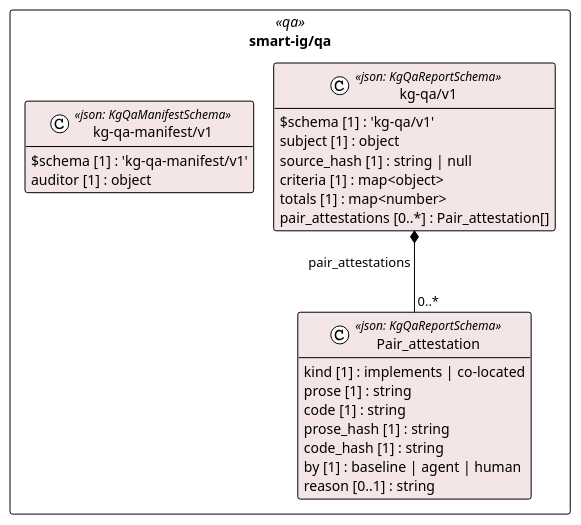
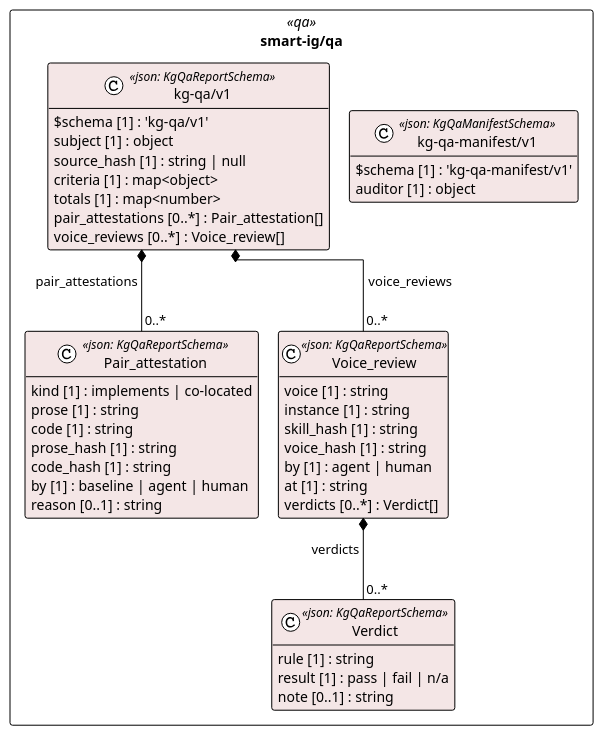
One commit to litlfred/folio-assistant changed the diagram in cat-harness/uml/overview/smart-ig/qa.puml. Above: the diagram before and after it, drawn with PlantUML. The commit also changed 573 other files, not shown here.

First line of the commit message:
rkqp: agentic review axis for skills against the skill voices

```diff
--- a/cat-harness/uml/overview/smart-ig/qa.puml
+++ b/cat-harness/uml/overview/smart-ig/qa.puml
@@ -3,34 +3,51 @@
 @startuml smart_ig_qa
 !pragma layout elk
 !theme plain
 skinparam classAttributeIconSize 0
 skinparam shadowing false
 skinparam packageStyle rectangle
 hide empty methods
 
 package "smart-ig/qa" as pkg_smart_ig_qa <<qa>> {
   class "Pair_attestation" as smart_ig_qa_kg_qa_v1_Pair_attestation <<json: KgQaReportSchema>> #f4e6e6 {
     kind [1] : implements | co-located
     prose [1] : string
     code [1] : string
     prose_hash [1] : string
     code_hash [1] : string
     by [1] : baseline | agent | human
     reason [0..1] : string
   }
+  class "Verdict" as smart_ig_qa_kg_qa_v1_Verdict <<json: KgQaReportSchema>> #f4e6e6 {
+    rule [1] : string
+    result [1] : pass | fail | n/a
+    note [0..1] : string
+  }
+  class "Voice_review" as smart_ig_qa_kg_qa_v1_Voice_review <<json: KgQaReportSchema>> #f4e6e6 {
+    voice [1] : string
+    instance [1] : string
+    skill_hash [1] : string
+    voice_hash [1] : string
+    by [1] : agent | human
+    at [1] : string
+    verdicts [0..*] : Verdict[]
+  }
   class "kg-qa/v1" as smart_ig_qa_kg_qa_v1_kg_qa_v1 <<json: KgQaReportSchema>> #f4e6e6 {
     $schema [1] : 'kg-qa/v1'
     subject [1] : object
     source_hash [1] : string | null
     criteria [1] : map<object>
     totals [1] : map<number>
     pair_attestations [0..*] : Pair_attestation[]
+    voice_reviews [0..*] : Voice_review[]
   }
   class "kg-qa-manifest/v1" as smart_ig_qa_kg_qa_manifest_v1_kg_qa_manifest_v1 <<json: KgQaManifestSchema>> #f4e6e6 {
     $schema [1] : 'kg-qa-manifest/v1'
     auditor [1] : object
   }
 }
 
 smart_ig_qa_kg_qa_v1_kg_qa_v1 *-- "0..*" smart_ig_qa_kg_qa_v1_Pair_attestation : pair_attestations
+smart_ig_qa_kg_qa_v1_Voice_review *-- "0..*" smart_ig_qa_kg_qa_v1_Verdict : verdicts
+smart_ig_qa_kg_qa_v1_kg_qa_v1 *-- "0..*" smart_ig_qa_kg_qa_v1_Voice_review : voice_reviews
 @enduml
```
